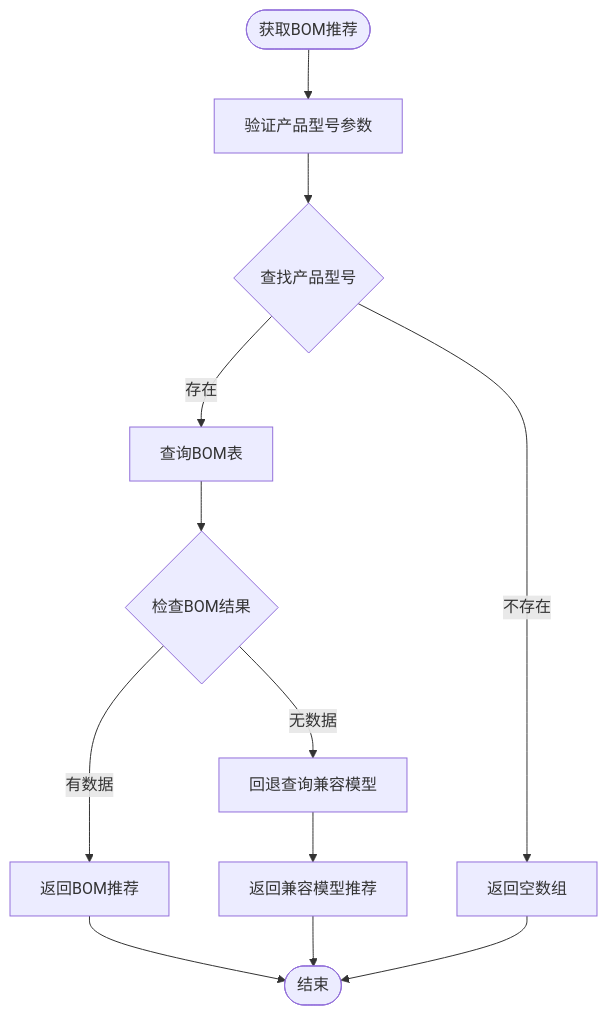
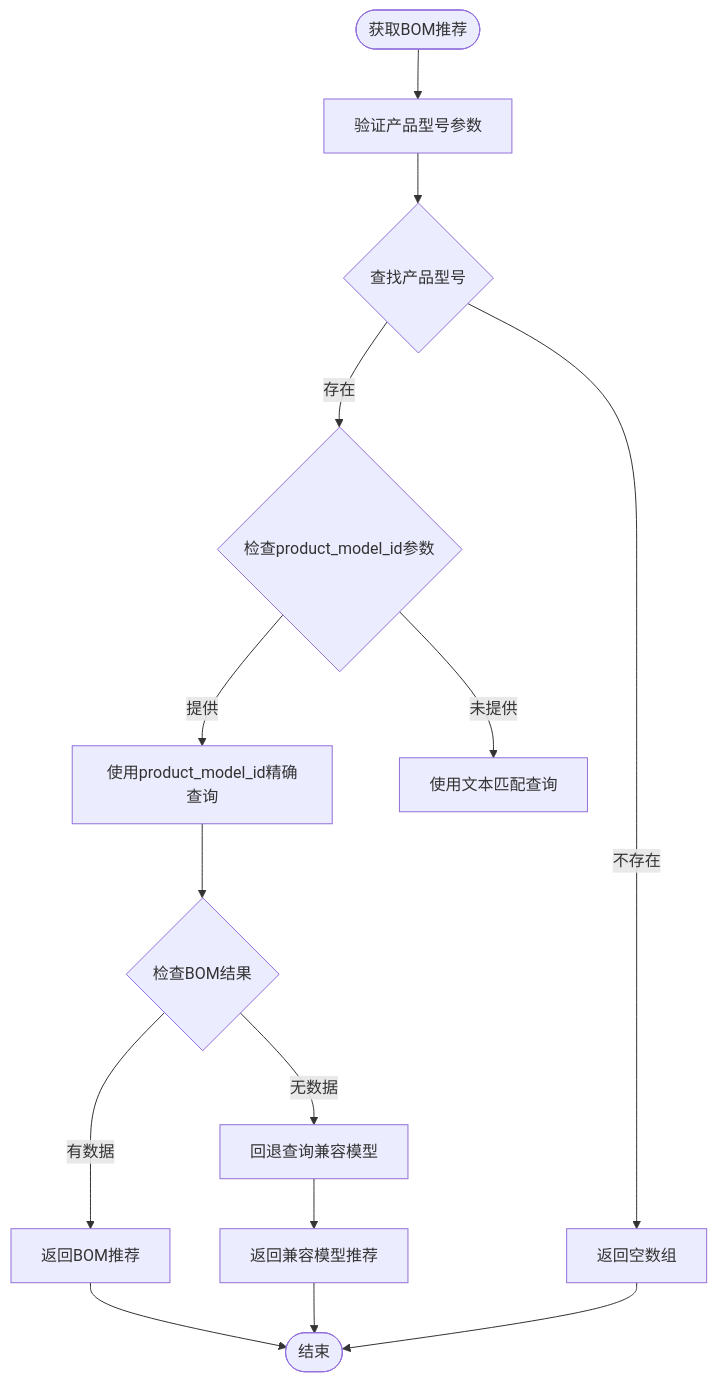
One commit to CubeEdge/Longhorn changed diagram 12 of 14 in .qoder/repowiki/zh/content/数据库设计/配件管理系统.md. Above: the diagram before and after it, drawn with Mermaid. The commit also changed other lines of this file and 29 other files, not shown here.

````diff
--- a/.qoder/repowiki/zh/content/数据库设计/配件管理系统.md
+++ b/.qoder/repowiki/zh/content/数据库设计/配件管理系统.md
@@ -701,14 +852,16 @@
 ```mermaid
 flowchart TD
 Start([获取BOM推荐]) --> Validate[验证产品型号参数]
 Validate --> CheckModel{查找产品型号}
 CheckModel --> |不存在| ReturnEmpty[返回空数组]
-CheckModel --> |存在| QueryBOM[查询BOM表]
+CheckModel --> |存在| CheckProductId{检查product_model_id参数}
+CheckProductId --> |提供| QueryBOM[使用product_model_id精确查询]
+CheckProductId --> |未提供| QueryBOMText[使用文本匹配查询]
 QueryBOM --> CheckResult{检查BOM结果}
 CheckResult --> |有数据| ReturnBOM[返回BOM推荐]
 CheckResult --> |无数据| FallbackQuery[回退查询兼容模型]
 FallbackQuery --> ReturnFallback[返回兼容模型推荐]
 ReturnBOM --> End([结束])
 ReturnFallback --> End
 ReturnEmpty --> End
 ```
````
